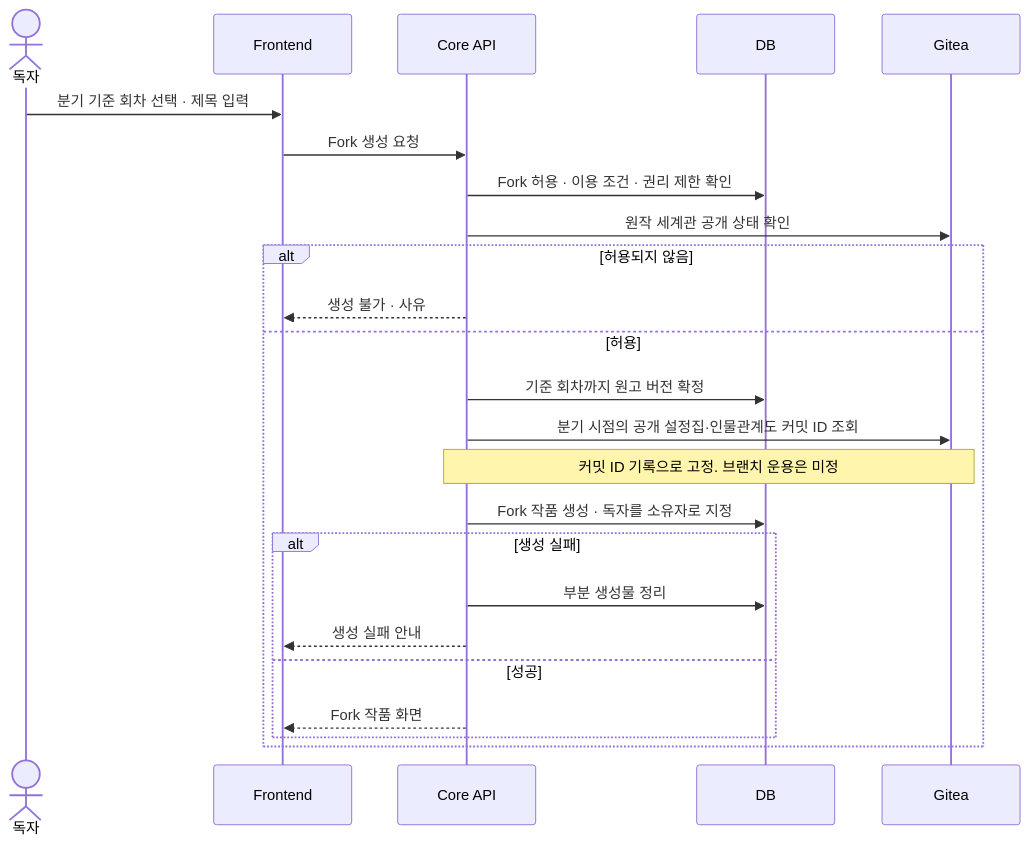
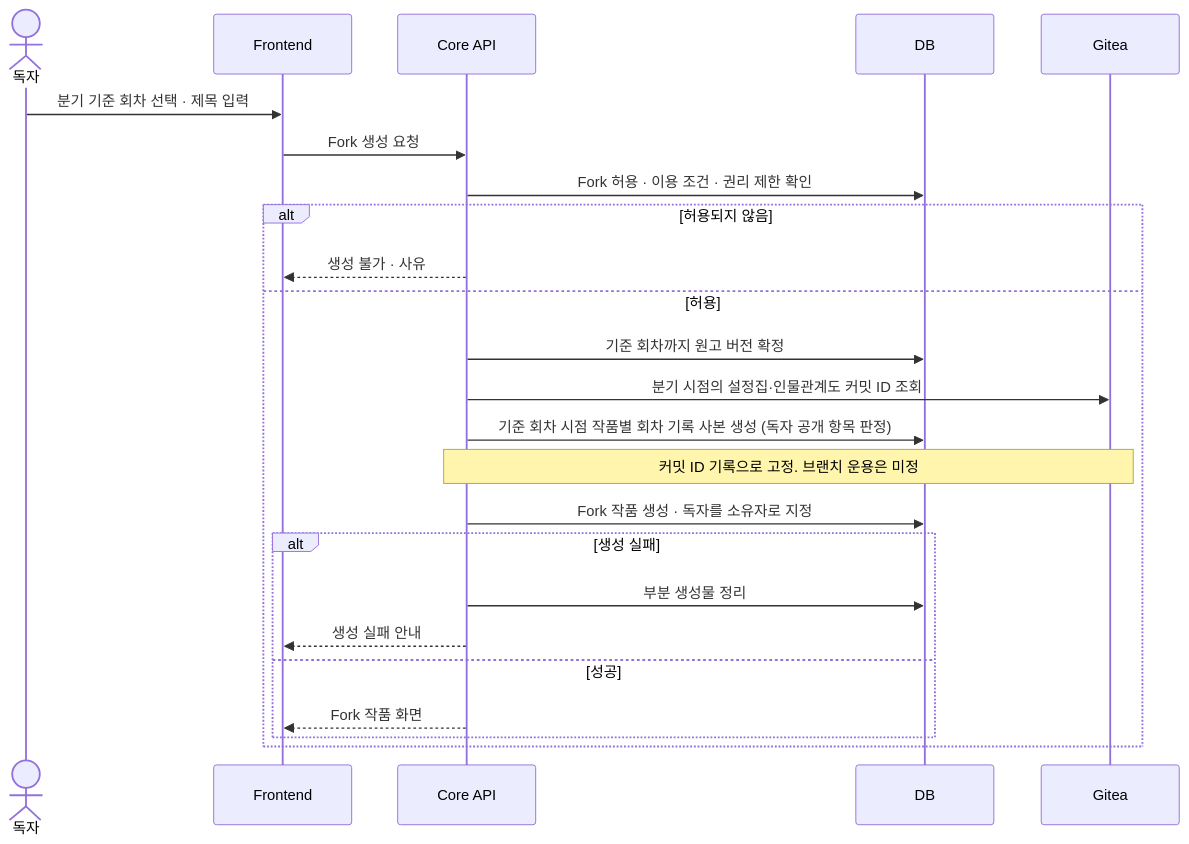
Before and after one commit to SKNETWORKS-FAMILY-AICAMP/SKN34-FINAL-4TEAM: the third of 4 diagrams in docs/diagrams/sequence.md, drawn with Mermaid. The commit also changed 29 other files, not shown here.

````diff
--- a/docs/diagrams/sequence.md
+++ b/docs/diagrams/sequence.md
@@ -86,26 +86,26 @@
 ```mermaid
 sequenceDiagram
   actor R as 독자
   participant FE as Frontend
   participant CO as Core API
   participant DB as DB
   participant GT as Gitea
   R->>FE: 분기 기준 회차 선택 · 제목 입력
   FE->>CO: Fork 생성 요청
   CO->>DB: Fork 허용 · 이용 조건 · 권리 제한 확인
-  CO->>GT: 원작 세계관 공개 상태 확인
   alt 허용되지 않음
     CO-->>FE: 생성 불가 · 사유
   else 허용
     CO->>DB: 기준 회차까지 원고 버전 확정
-    CO->>GT: 분기 시점의 공개 설정집·인물관계도 커밋 ID 조회
+    CO->>GT: 분기 시점의 설정집·인물관계도 커밋 ID 조회
+    CO->>DB: 기준 회차 시점 작품별 회차 기록 사본 생성 (독자 공개 항목 판정)
     Note over CO,GT: 커밋 ID 기록으로 고정. 브랜치 운용은 미정
     CO->>DB: Fork 작품 생성 · 독자를 소유자로 지정
     alt 생성 실패
       CO->>DB: 부분 생성물 정리
       CO-->>FE: 생성 실패 안내
     else 성공
       CO-->>FE: Fork 작품 화면
     end
   end
 ```
````
